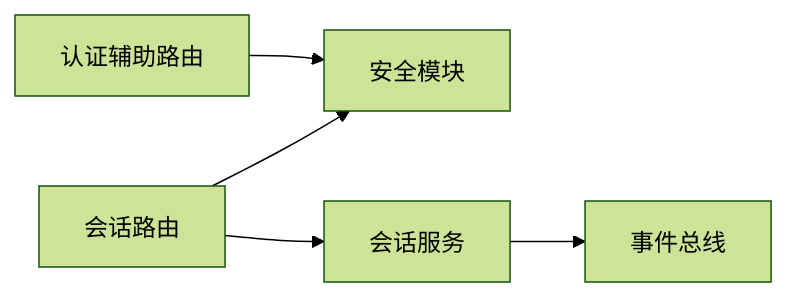
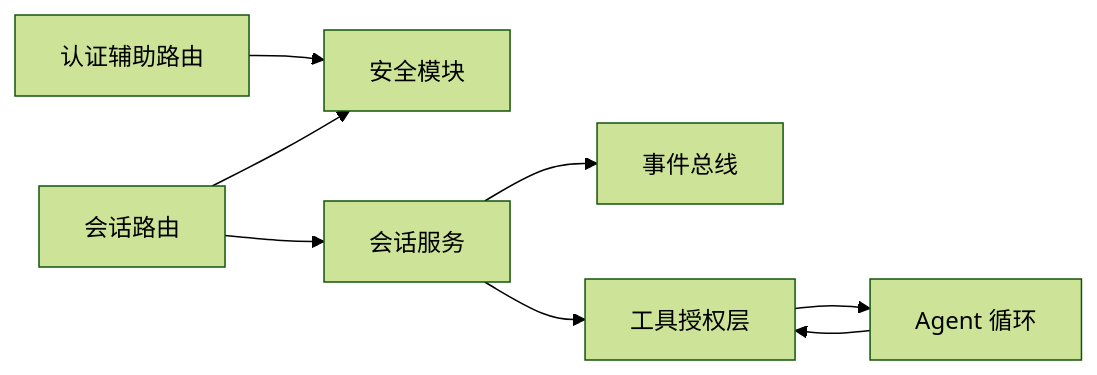
The seventh of 7 diagrams in .qoder/repowiki/zh/content/安全系统/认证授权机制.md (20012002er/Vibe-Trading), drawn with Mermaid (forest theme) before and after one commit. The commit also changed other lines of this file and 6 other files, not shown here.

````diff
--- a/.qoder/repowiki/zh/content/安全系统/认证授权机制.md
+++ b/.qoder/repowiki/zh/content/安全系统/认证授权机制.md
@@ -260,7 +349,10 @@
 ```mermaid
 graph LR
 AuthRoutes["认证辅助路由"] --> Security["安全模块"]
 SessionsRoutes["会话路由"] --> Security
 SessionsRoutes --> SessionService["会话服务"]
 SessionService --> EventBus["事件总线"]
+SessionService --> Grounding["工具授权层"]
+Grounding --> Loop["Agent 循环"]
+Loop --> Grounding
 ```
````
